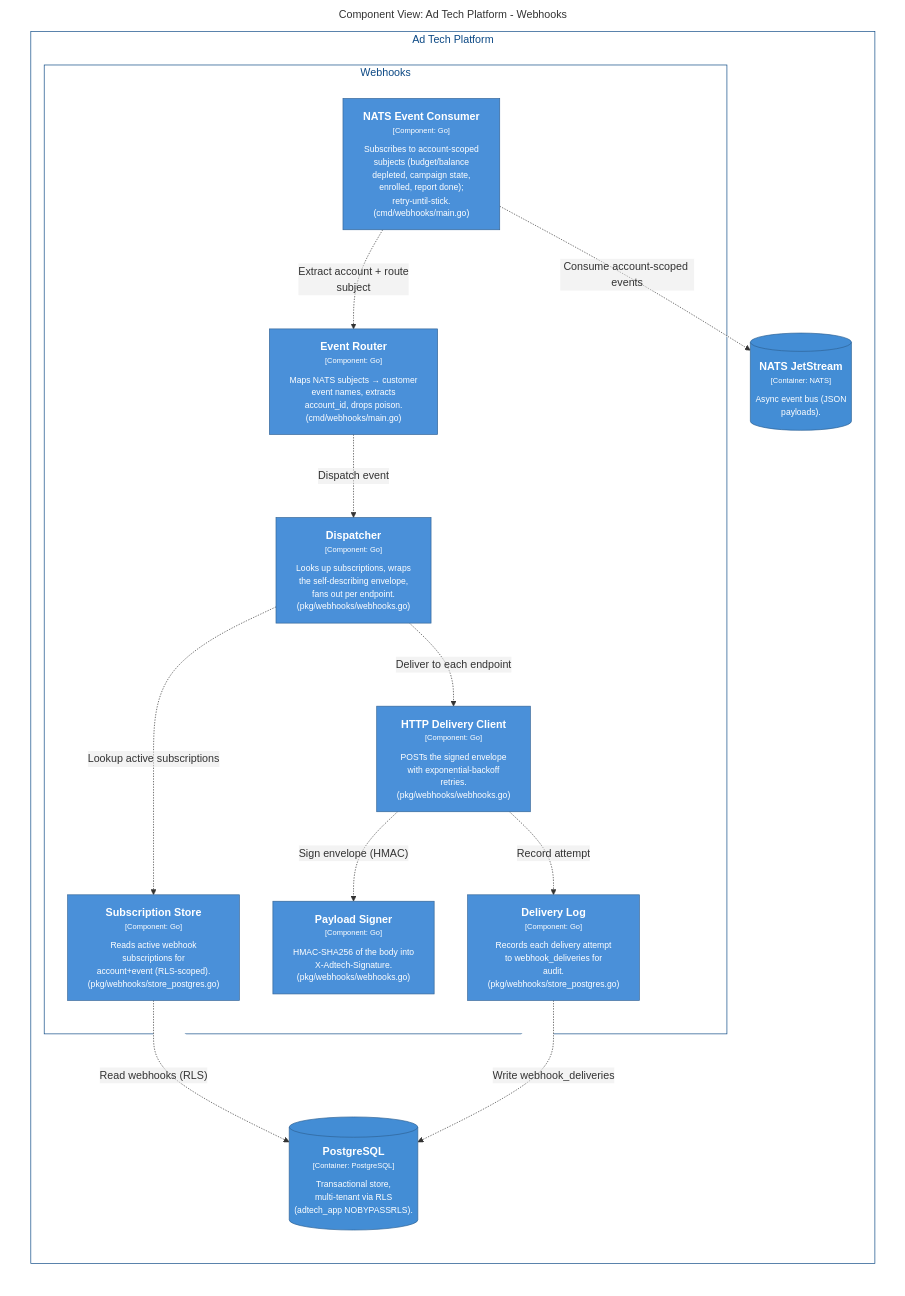
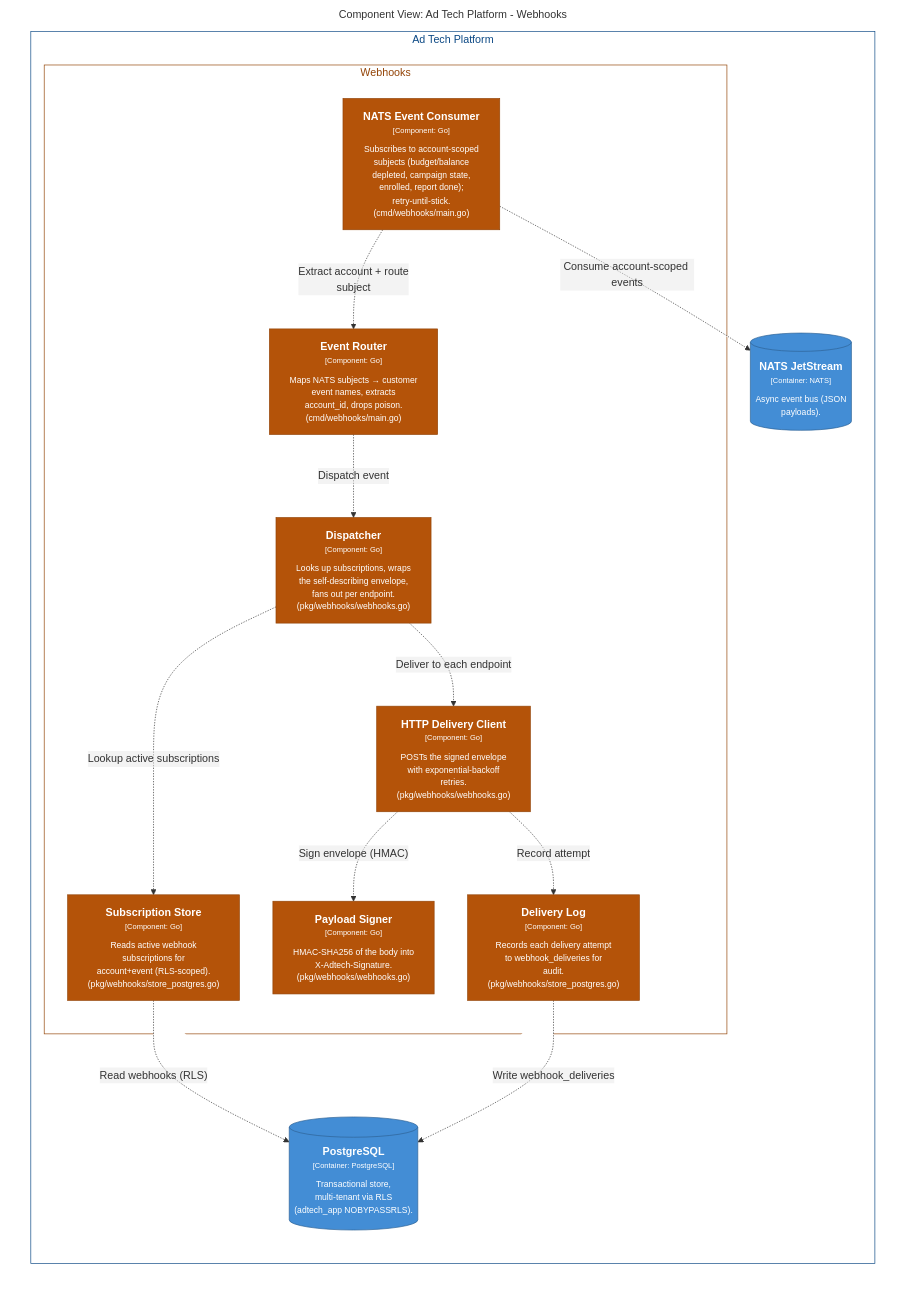
One commit to MichaelJohnWatters/ad-tech-mono changed the diagram in web/static/diagrams/structurizr-Webhooks-Components.md. Above: the diagram before and after it, drawn with Mermaid. The commit also changed 19 other files, not shown here.

````diff
--- a/web/static/diagrams/structurizr-Webhooks-Components.md
+++ b/web/static/diagrams/structurizr-Webhooks-Components.md
@@ -1,47 +1,47 @@
 ```mermaid
 graph LR
   linkStyle default fill:#ffffff
 
   subgraph diagram ["Component View: Ad Tech Platform - Webhooks"]
     style diagram fill:#ffffff,stroke:#ffffff
 
     subgraph 9 ["Ad Tech Platform"]
       style 9 fill:#ffffff,stroke:#0b4884,color:#0b4884
 
       subgraph 125 ["Webhooks"]
-        style 125 fill:#ffffff,stroke:#0b4884,color:#0b4884
+        style 125 fill:#ffffff,stroke:#934407,color:#934407
 
         126["<div style='font-weight: bold'>NATS Event Consumer</div><div style='font-size: 70%; margin-top: 0px'>[Component: Go]</div><div style='font-size: 80%; margin-top:10px'>Subscribes to account-scoped<br />subjects (budget/balance<br />depleted, campaign state,<br />enrolled, report done);<br />retry-until-stick.<br />(cmd/webhooks/main.go)</div>"]
-        style 126 fill:#4a90d9,stroke:#336497,color:#ffffff
+        style 126 fill:#b45309,stroke:#934407,color:#ffffff
         127["<div style='font-weight: bold'>Event Router</div><div style='font-size: 70%; margin-top: 0px'>[Component: Go]</div><div style='font-size: 80%; margin-top:10px'>Maps NATS subjects → customer<br />event names, extracts<br />account_id, drops poison.<br />(cmd/webhooks/main.go)</div>"]
-        style 127 fill:#4a90d9,stroke:#336497,color:#ffffff
+        style 127 fill:#b45309,stroke:#934407,color:#ffffff
         128["<div style='font-weight: bold'>Dispatcher</div><div style='font-size: 70%; margin-top: 0px'>[Component: Go]</div><div style='font-size: 80%; margin-top:10px'>Looks up subscriptions, wraps<br />the self-describing envelope,<br />fans out per endpoint.<br />(pkg/webhooks/webhooks.go)</div>"]
-        style 128 fill:#4a90d9,stroke:#336497,color:#ffffff
+        style 128 fill:#b45309,stroke:#934407,color:#ffffff
         129["<div style='font-weight: bold'>Subscription Store</div><div style='font-size: 70%; margin-top: 0px'>[Component: Go]</div><div style='font-size: 80%; margin-top:10px'>Reads active webhook<br />subscriptions for<br />account+event (RLS-scoped).<br />(pkg/webhooks/store_postgres.go)</div>"]
-        style 129 fill:#4a90d9,stroke:#336497,color:#ffffff
+        style 129 fill:#b45309,stroke:#934407,color:#ffffff
         130["<div style='font-weight: bold'>HTTP Delivery Client</div><div style='font-size: 70%; margin-top: 0px'>[Component: Go]</div><div style='font-size: 80%; margin-top:10px'>POSTs the signed envelope<br />with exponential-backoff<br />retries.<br />(pkg/webhooks/webhooks.go)</div>"]
-        style 130 fill:#4a90d9,stroke:#336497,color:#ffffff
+        style 130 fill:#b45309,stroke:#934407,color:#ffffff
         131["<div style='font-weight: bold'>Payload Signer</div><div style='font-size: 70%; margin-top: 0px'>[Component: Go]</div><div style='font-size: 80%; margin-top:10px'>HMAC-SHA256 of the body into<br />X-Adtech-Signature.<br />(pkg/webhooks/webhooks.go)</div>"]
-        style 131 fill:#4a90d9,stroke:#336497,color:#ffffff
+        style 131 fill:#b45309,stroke:#934407,color:#ffffff
         132["<div style='font-weight: bold'>Delivery Log</div><div style='font-size: 70%; margin-top: 0px'>[Component: Go]</div><div style='font-size: 80%; margin-top:10px'>Records each delivery attempt<br />to webhook_deliveries for<br />audit.<br />(pkg/webhooks/store_postgres.go)</div>"]
-        style 132 fill:#4a90d9,stroke:#336497,color:#ffffff
+        style 132 fill:#b45309,stroke:#934407,color:#ffffff
       end
 
       145[("<div style='font-weight: bold'>PostgreSQL</div><div style='font-size: 70%; margin-top: 0px'>[Container: PostgreSQL]</div><div style='font-size: 80%; margin-top:10px'>Transactional store,<br />multi-tenant via RLS<br />(adtech_app NOBYPASSRLS).</div>")]
       style 145 fill:#438dd5,stroke:#2e6295,color:#ffffff
       148[("<div style='font-weight: bold'>NATS JetStream</div><div style='font-size: 70%; margin-top: 0px'>[Container: NATS]</div><div style='font-size: 80%; margin-top:10px'>Async event bus (JSON<br />payloads).</div>")]
       style 148 fill:#438dd5,stroke:#2e6295,color:#ffffff
     end
 
     126-. "<div>Consume account-scoped events</div><div style='font-size: 70%'></div>" .->148
     126-. "<div>Extract account + route<br />subject</div><div style='font-size: 70%'></div>" .->127
     127-. "<div>Dispatch event</div><div style='font-size: 70%'></div>" .->128
     128-. "<div>Lookup active subscriptions</div><div style='font-size: 70%'></div>" .->129
     128-. "<div>Deliver to each endpoint</div><div style='font-size: 70%'></div>" .->130
     130-. "<div>Sign envelope (HMAC)</div><div style='font-size: 70%'></div>" .->131
     130-. "<div>Record attempt</div><div style='font-size: 70%'></div>" .->132
     129-. "<div>Read webhooks (RLS)</div><div style='font-size: 70%'></div>" .->145
     132-. "<div>Write webhook_deliveries</div><div style='font-size: 70%'></div>" .->145
 
   end
 ```
````
